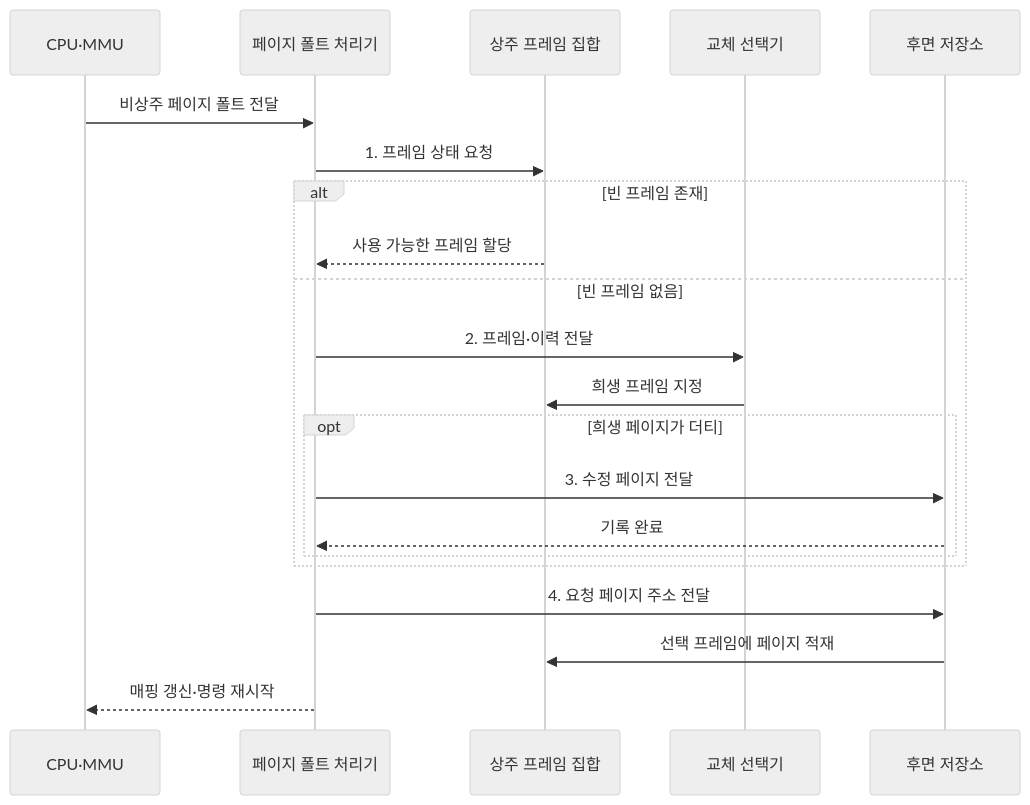
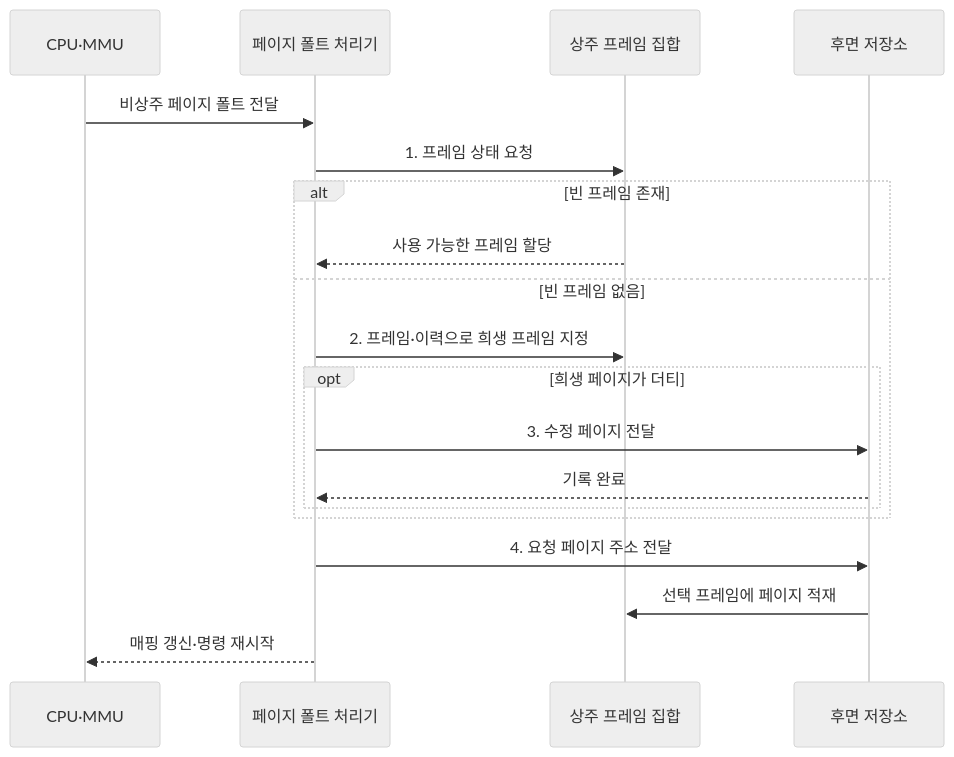
Before and after one commit to agnusdei1207/knowledge-base: the second of 2 diagrams in src/content/docs/notes/02-hardware/018_page_replacement.md, drawn with Mermaid (neutral theme). The commit also changed other lines of this file and 1 other file, not shown here.

Commit message:
Clarify memory management flows

````diff
--- a/src/content/docs/notes/02-hardware/018_page_replacement.md
+++ b/src/content/docs/notes/02-hardware/018_page_replacement.md
@@ -93,24 +93,22 @@
 ```mermaid
 sequenceDiagram
     participant C as CPU·MMU
     participant O as 페이지 폴트 처리기
     participant F as 상주 프레임 집합
-    participant R as 교체 선택기
     participant S as 후면 저장소
 
     C->>O: 비상주 페이지 폴트 전달
     O->>F: 1. 프레임 상태 요청
     alt 빈 프레임 존재
         F-->>O: 사용 가능한 프레임 할당
     else 빈 프레임 없음
-        O->>R: 2. 프레임·이력 전달
-        R->>F: 희생 프레임 지정
+        O->>F: 2. 프레임·이력으로 희생 프레임 지정
         opt 희생 페이지가 더티
             O->>S: 3. 수정 페이지 전달
             S-->>O: 기록 완료
         end
     end
     O->>S: 4. 요청 페이지 주소 전달
     S->>F: 선택 프레임에 페이지 적재
     O-->>C: 매핑 갱신·명령 재시작
 ```
````
